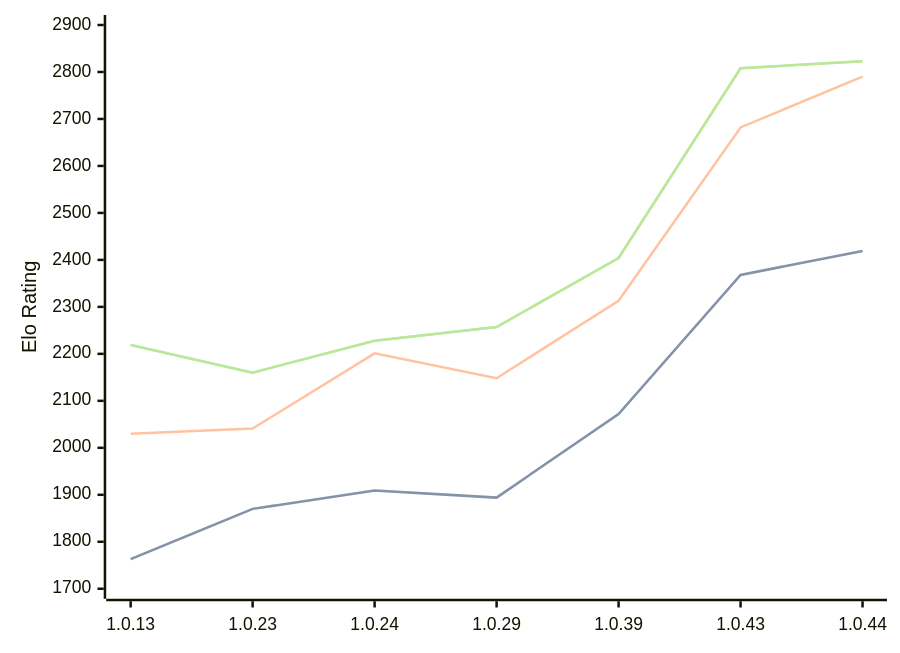
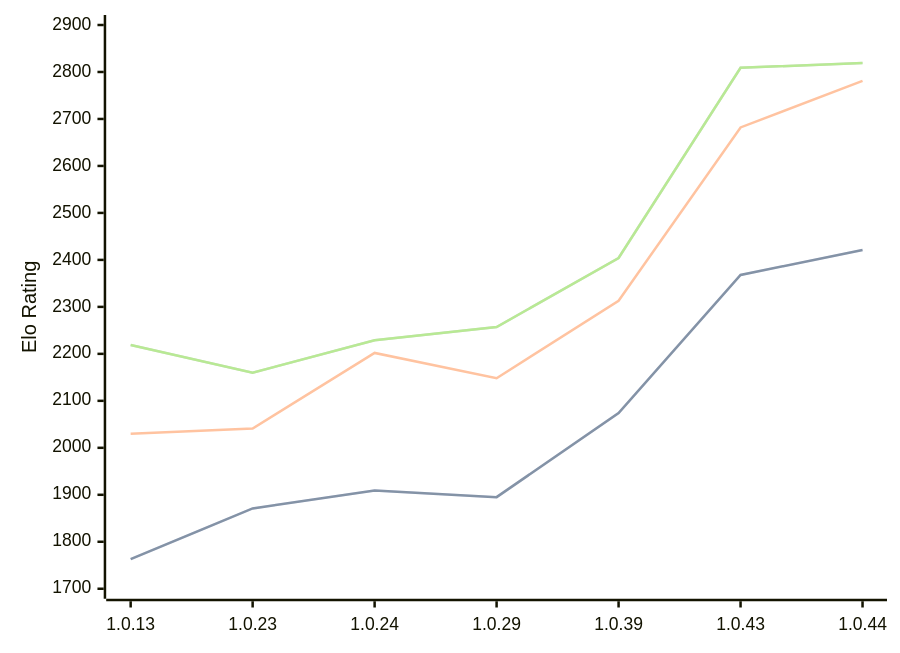
One commit to computer-chess-index/cci changed the diagram in engines/RustyRival.md. Above: the diagram before and after it, drawn with Mermaid. The commit also changed other lines of this file, not shown here.

Commit message:
Update CCI Ratings (ELO VLTC) - 2026-07-25

````diff
--- a/engines/RustyRival.md
+++ b/engines/RustyRival.md
@@ -72,11 +72,11 @@
 ```mermaid
 %%{init: {"theme":"base","themeVariables":{"seriesColors:['#a3a3a3','#222221','#faa371']}}}%%
 xychart-beta
   x-axis ["1.0.13", "1.0.23", "1.0.24", "1.0.29", "1.0.39", "1.0.43", "1.0.44"]
   y-axis "Elo Rating" 1700 --> 2900
-  line "STC (8.0+0.08s)" [1763, 1870, 1909, 1894, 2072, 2368, 2419]
-  line "STC (8.0+0.08s)" [1763, 1870, 1909, 1894, 2072, 2368, 2419]
-  line "LTC (60.0+0.60s)" [2030, 2041, 2201, 2148, 2313, 2682, 2790]
-  line "VLTC (2m24s+1.12s)" [2219, 2160, 2228, 2257, 2404, 2808, 2823]
-  line "VLTC (2m24s+1.12s)" [2219, 2160, 2228, 2257, 2404, 2808, 2823]
+  line "STC (8.0+0.08s)" [1763, 1871, 1909, 1895, 2074, 2368, 2421]
+  line "STC (8.0+0.08s)" [1763, 1871, 1909, 1895, 2074, 2368, 2421]
+  line "LTC (60.0+0.60s)" [2030, 2041, 2202, 2148, 2313, 2682, 2781]
+  line "VLTC (2m24s+1.12s)" [2219, 2160, 2229, 2257, 2404, 2809, 2819]
+  line "VLTC (2m24s+1.12s)" [2219, 2160, 2229, 2257, 2404, 2809, 2819]
 ```
````
